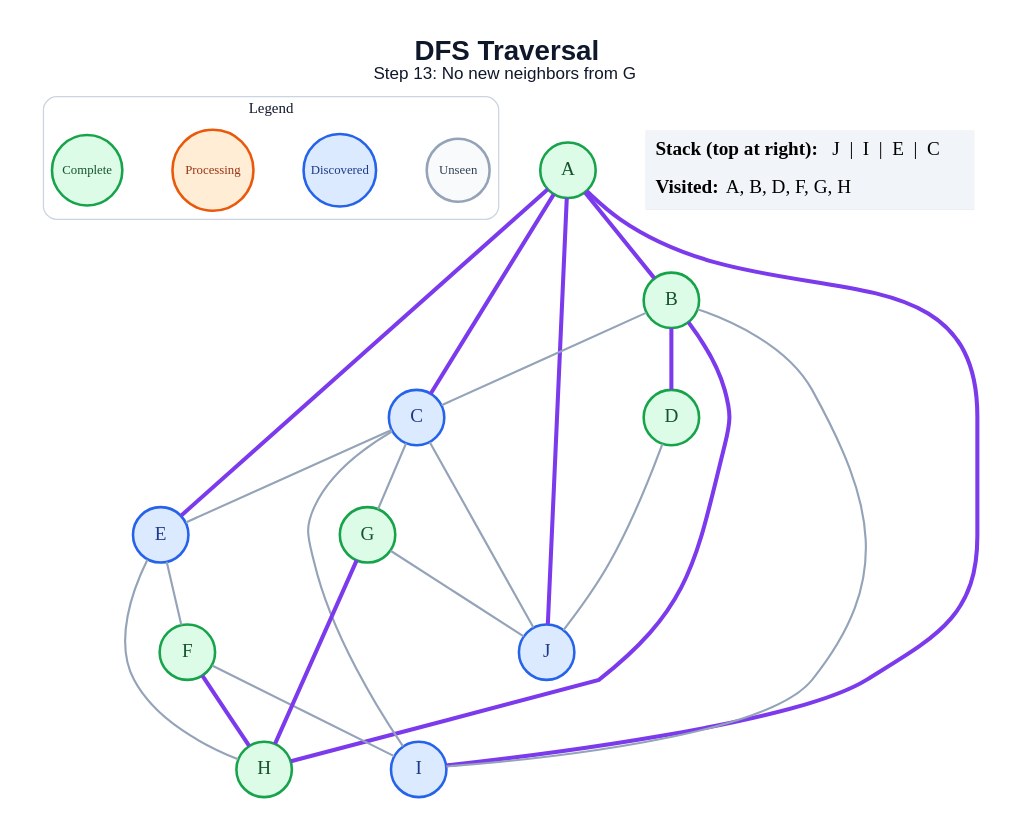
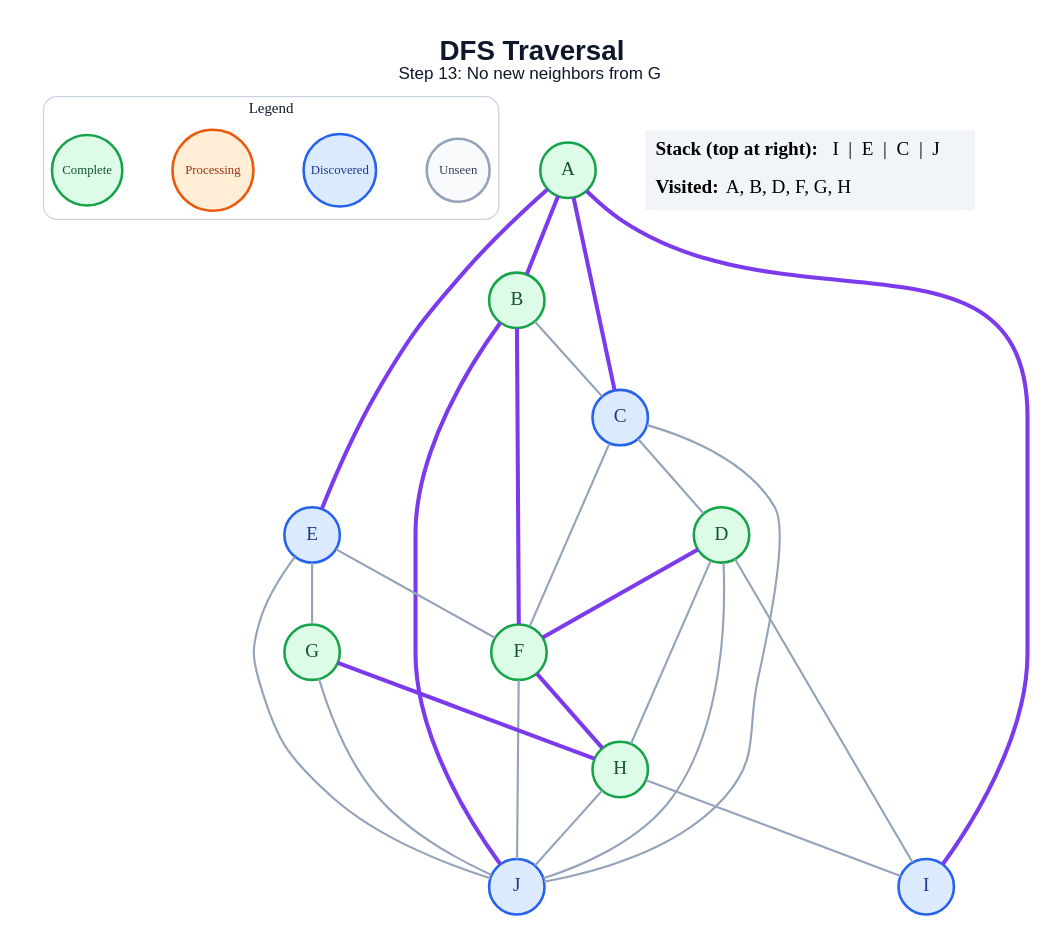
The diagram in generated/dfs/step_13.dot (anon7238593-create/ai-slop), drawn with Graphviz before and after one commit. The commit also changed 178 other files, not shown here.

```diff
--- a/generated/dfs/step_13.dot
+++ b/generated/dfs/step_13.dot
@@ -1,49 +1,52 @@
 graph traversal {
   graph [layout=dot, rankdir=TB, bgcolor="#FFFFFF", pad="0.35", nodesep="0.65", ranksep="0.8", fontname="Arial"];
   node [shape=circle, style="filled", fontname="Arial Bold", fontsize=18, width=0.72, fixedsize=true, penwidth=2.4];
   edge [color="#94A3B8", penwidth=2.0];
   label=<<B>DFS Traversal</B><BR/><FONT POINT-SIZE="16">Step 13: No new neighbors from G</FONT>>; labelloc="t"; fontsize=26; fontname="Arial"; fontcolor="#0F172A";
   subgraph cluster_legend { label="Legend"; color="#CBD5E1"; penwidth=1.2; style="rounded"; fontsize=14; fontname="Arial Bold";
     key_unseen [label="Unseen", fillcolor="#F8FAFC", color="#94A3B8", fontcolor="#334155", fontsize=12, width=0.82];
     key_frontier [label="Discovered", fillcolor="#DBEAFE", color="#2563EB", fontcolor="#1E3A8A", fontsize=12, width=0.95];
     key_current [label="Processing", fillcolor="#FFEDD5", color="#EA580C", fontcolor="#9A3412", fontsize=12, width=1.05];
     key_done [label="Complete", fillcolor="#DCFCE7", color="#16A34A", fontcolor="#14532D", fontsize=12, width=0.92];
     { rank=same; key_unseen; key_frontier; key_current; key_done; }
   }
   A [fillcolor="#DCFCE7", color="#16A34A", fontcolor="#14532D"];
   B [fillcolor="#DCFCE7", color="#16A34A", fontcolor="#14532D"];
   C [fillcolor="#DBEAFE", color="#2563EB", fontcolor="#1E3A8A"];
   D [fillcolor="#DCFCE7", color="#16A34A", fontcolor="#14532D"];
   E [fillcolor="#DBEAFE", color="#2563EB", fontcolor="#1E3A8A"];
   F [fillcolor="#DCFCE7", color="#16A34A", fontcolor="#14532D"];
   G [fillcolor="#DCFCE7", color="#16A34A", fontcolor="#14532D"];
   H [fillcolor="#DCFCE7", color="#16A34A", fontcolor="#14532D"];
   I [fillcolor="#DBEAFE", color="#2563EB", fontcolor="#1E3A8A"];
   J [fillcolor="#DBEAFE", color="#2563EB", fontcolor="#1E3A8A"];
   A -- B [color="#7C3AED", penwidth=3.8];
   A -- C [color="#7C3AED", penwidth=3.8];
   A -- E [color="#7C3AED", penwidth=3.8];
   A -- I [color="#7C3AED", penwidth=3.8];
-  A -- J [color="#7C3AED", penwidth=3.8];
   B -- C;
-  B -- D [color="#7C3AED", penwidth=3.8];
-  B -- H [color="#7C3AED", penwidth=3.8];
-  B -- I;
-  C -- E;
-  C -- G;
-  C -- I;
+  B -- F [color="#7C3AED", penwidth=3.8];
+  B -- J [color="#7C3AED", penwidth=3.8];
+  C -- D;
+  C -- F;
   C -- J;
+  D -- F [color="#7C3AED", penwidth=3.8];
+  D -- H;
+  D -- I;
   D -- J;
   E -- F;
-  E -- H;
+  E -- G;
+  E -- J;
   F -- H [color="#7C3AED", penwidth=3.8];
-  F -- I;
+  F -- J;
   G -- H [color="#7C3AED", penwidth=3.8];
   G -- J;
+  H -- I;
+  H -- J;
   status [shape=plain, fixedsize=false, width=0, height=0, margin=0, label=<
     <TABLE BORDER="0" CELLBORDER="0" CELLPADDING="7" BGCOLOR="#F1F5F9">
-      <TR><TD ALIGN="LEFT"><B>Stack (top at right):</B> J  |  I  |  E  |  C</TD></TR>
+      <TR><TD ALIGN="LEFT"><B>Stack (top at right):</B> I  |  E  |  C  |  J</TD></TR>
       <TR><TD ALIGN="LEFT"><B>Visited:</B> A, B, D, F, G, H</TD></TR>
     </TABLE>
   >];
 }
```
